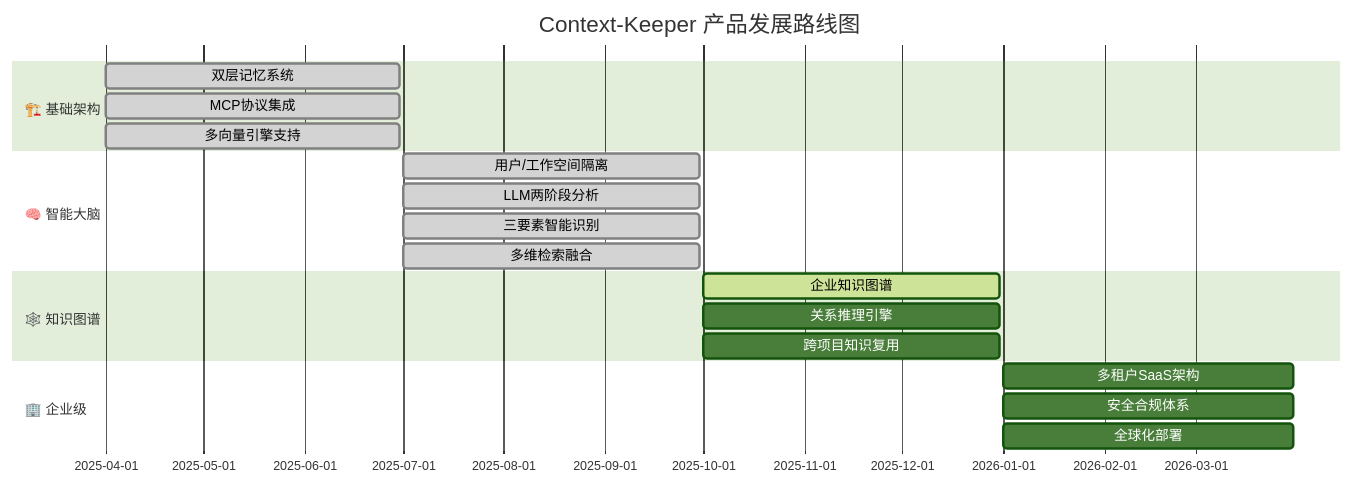
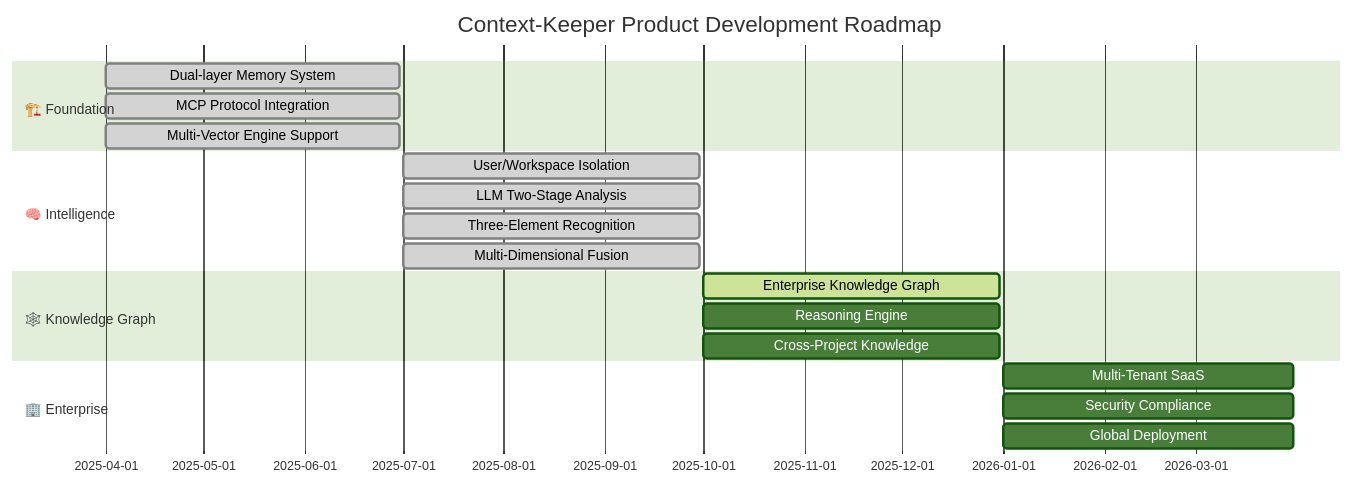
The fourth of 5 diagrams in README.md (GitEnglish/emergent-corpus-L2-context-keeper), drawn with Mermaid (forest theme) before and after one commit. The commit also changed other lines of this file and 6 other files, not shown here.

````diff
--- a/README.md
+++ b/README.md
@@ -713,25 +673,25 @@
 ```mermaid
 gantt
-    title Context-Keeper 产品发展路线图
+    title Context-Keeper Product Development Roadmap
     dateFormat  YYYY-MM-DD
-    section 🏗️ 基础架构
-    双层记忆系统          :done, basic1, 2025-04-01, 2025-06-30
-    MCP协议集成          :done, basic2, 2025-04-01, 2025-06-30
-    多向量引擎支持        :done, basic3, 2025-04-01, 2025-06-30
+    section 🏗️ Foundation
+    Dual-layer Memory System    :done, basic1, 2025-04-01, 2025-06-30
+    MCP Protocol Integration    :done, basic2, 2025-04-01, 2025-06-30
+    Multi-Vector Engine Support :done, basic3, 2025-04-01, 2025-06-30
     
-    section 🧠 智能大脑  
-    用户/工作空间隔离      :done, brain0, 2025-07-01, 2025-09-30
-    LLM两阶段分析        :done, brain1, 2025-07-01, 2025-09-30
-    三要素智能识别        :done, brain2, 2025-07-01, 2025-09-30
-    多维检索融合         :done, brain3, 2025-07-01, 2025-09-30
+    section 🧠 Intelligence  
+    User/Workspace Isolation    :done, brain0, 2025-07-01, 2025-09-30
+    LLM Two-Stage Analysis      :done, brain1, 2025-07-01, 2025-09-30
+    Three-Element Recognition   :done, brain2, 2025-07-01, 2025-09-30
+    Multi-Dimensional Fusion   :done, brain3, 2025-07-01, 2025-09-30
     
-    section 🕸️ 知识图谱
-    企业知识图谱         :active, kg1, 2025-10-01, 2025-12-31
-    关系推理引擎         :kg2, 2025-10-01, 2025-12-31
-    跨项目知识复用        :kg3, 2025-10-01, 2025-12-31
+    section 🕸️ Knowledge Graph
+    Enterprise Knowledge Graph  :active, kg1, 2025-10-01, 2025-12-31
+    Reasoning Engine           :kg2, 2025-10-01, 2025-12-31
+    Cross-Project Knowledge    :kg3, 2025-10-01, 2025-12-31
     
-    section 🏢 企业级
-    多租户SaaS架构       :enterprise1, 2026-01-01, 2026-03-31
-    安全合规体系         :enterprise2, 2026-01-01, 2026-03-31
-    全球化部署           :enterprise3, 2026-01-01, 2026-03-31
+    section 🏢 Enterprise
+    Multi-Tenant SaaS          :enterprise1, 2026-01-01, 2026-03-31
+    Security Compliance        :enterprise2, 2026-01-01, 2026-03-31
+    Global Deployment          :enterprise3, 2026-01-01, 2026-03-31
 ```
````
